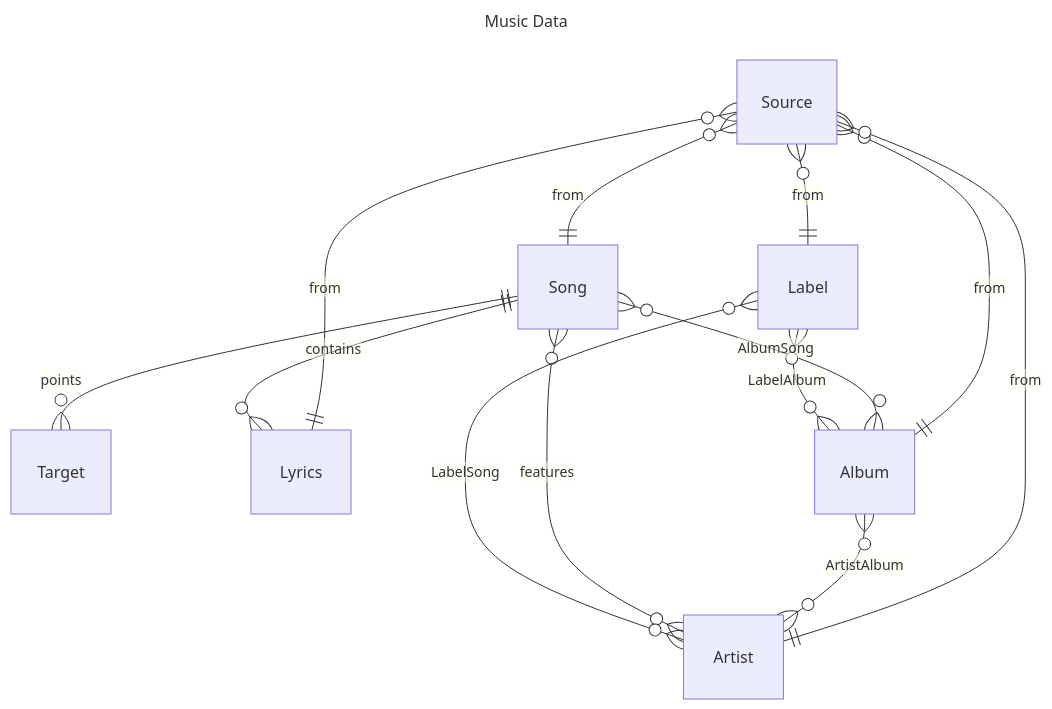
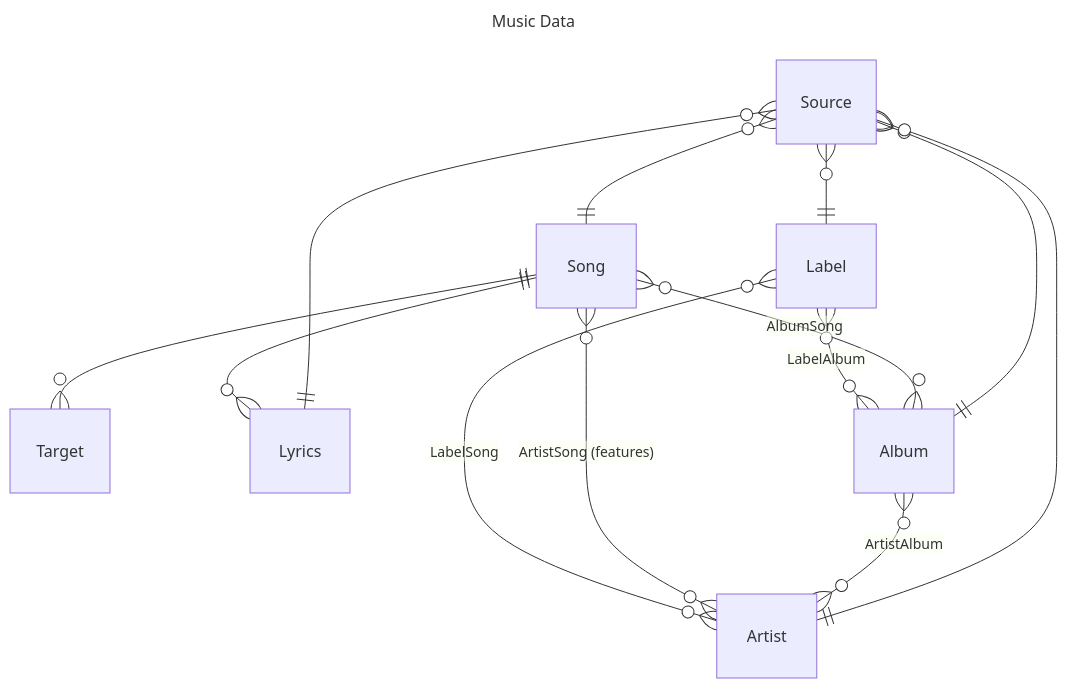
The second of 4 diagrams in README.md (HeIIow2/music-downloader), drawn with Mermaid before and after one commit. The commit also changed other lines of this file and 1 other file, not shown here.

Commit message:
modified diagram

````diff
--- a/README.md
+++ b/README.md
@@ -123,52 +123,52 @@
 ```mermaid
 ---
 title: Music Data
 ---
 erDiagram
 
 
 
 Target {
 
 }
 
 Lyrics {
 
 }
 
 Song {
 
 }
 
 Album {
 
 }
 
 Artist {
 
 }
 
 Label {
 
 }
 
 Source {
 
 }
 
-Source }o--|| Song : from
-Source }o--|| Lyrics : from
-Source }o--|| Album : from
-Source }o--|| Artist : from
-Source }o--|| Label : from
+Source }o--|| Song : ""
+Source }o--|| Lyrics : ""
+Source }o--|| Album : ""
+Source }o--|| Artist : ""
+Source }o--|| Label : ""
 
 Song }o--o{ Album : AlbumSong
 Album }o--o{ Artist : ArtistAlbum
-Song }o--o{ Artist : features
+Song }o--o{ Artist : "ArtistSong (features)"
 
 Label }o--o{ Album : LabelAlbum
 Label }o--o{ Artist : LabelSong
 
-Song ||--o{ Lyrics : contains
-Song ||--o{ Target : points
+Song ||--o{ Lyrics : ""
+Song ||--o{ Target : ""
 ```
````
